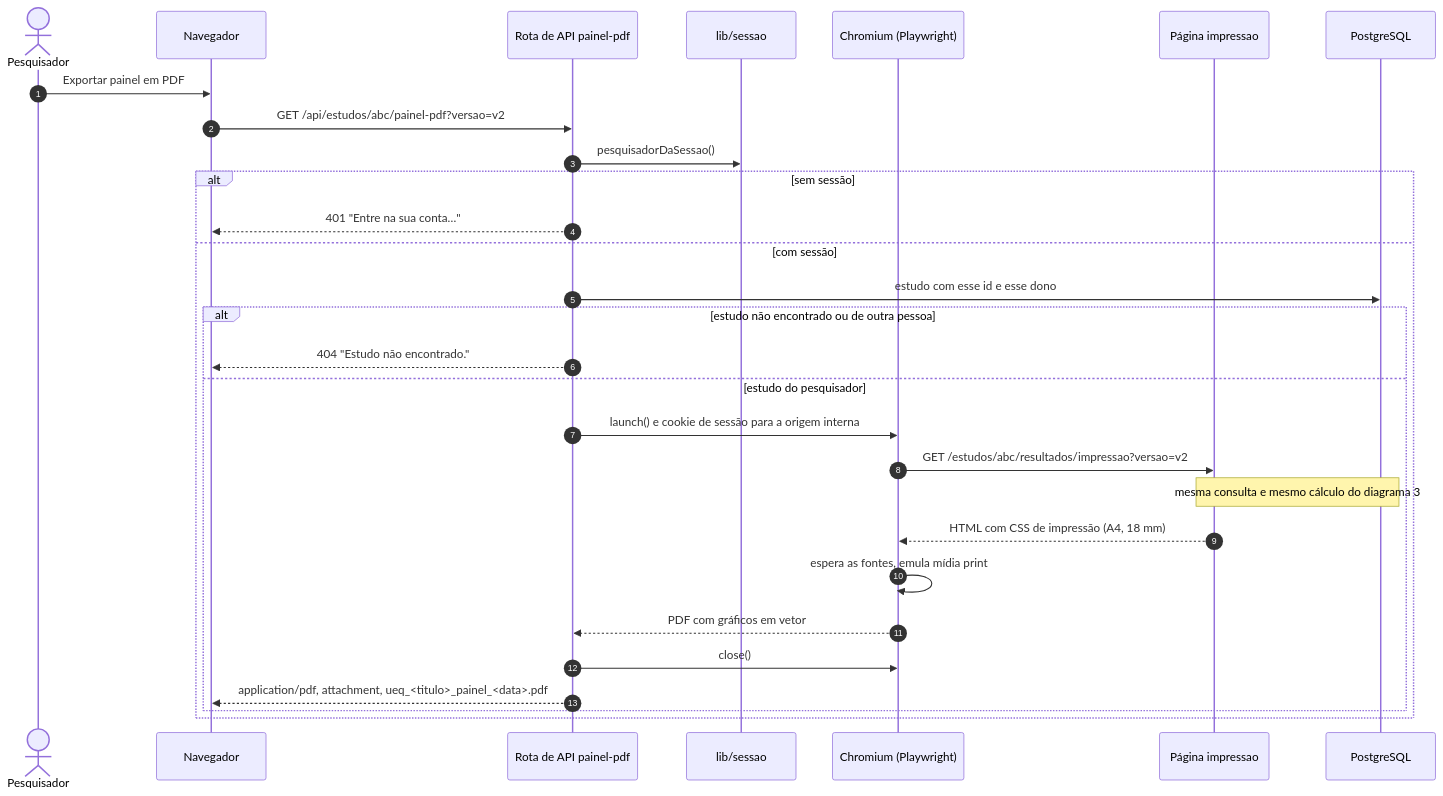
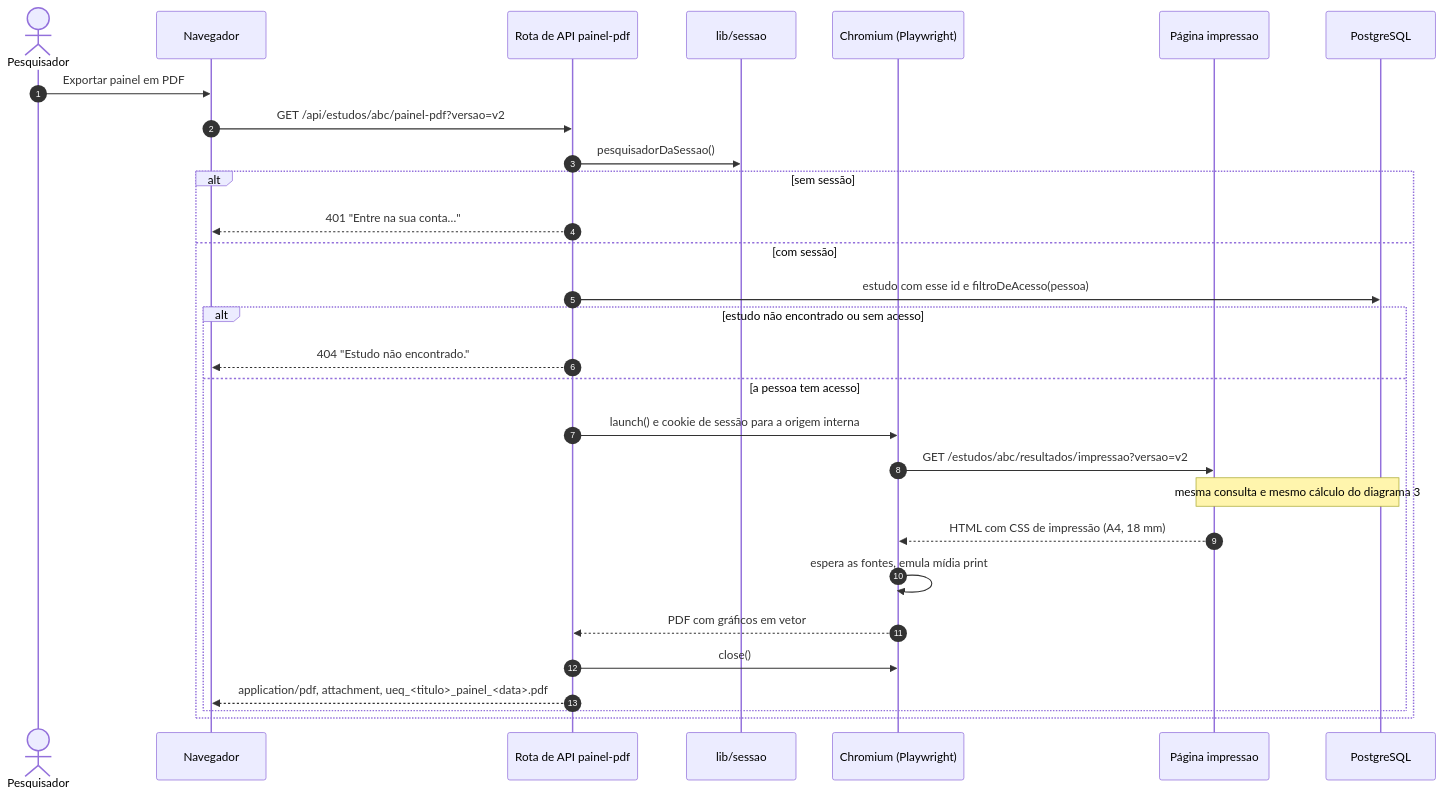
One commit to gabrielfjm/ueq_form_ihc changed the fifth of 8 diagrams in docs/documentacao/diagramas-de-sequencia.md. Above: the diagram before and after it, drawn with Mermaid. The commit also changed other lines of this file and 54 other files, not shown here.

````diff
--- a/docs/documentacao/diagramas-de-sequencia.md
+++ b/docs/documentacao/diagramas-de-sequencia.md
@@ -203,32 +231,32 @@
 ```mermaid
 sequenceDiagram
     autonumber
     actor Pesq as Pesquisador
     participant Nav as Navegador
     participant Rota as Rota de API painel-pdf
     participant Sessao as lib/sessao
     participant Chrome as Chromium (Playwright)
     participant Imp as Página impressao
     participant BD as PostgreSQL
 
     Pesq->>Nav: Exportar painel em PDF
     Nav->>Rota: GET /api/estudos/abc/painel-pdf?versao=v2
     Rota->>Sessao: pesquisadorDaSessao()
     alt sem sessão
         Rota-->>Nav: 401 "Entre na sua conta…"
     else com sessão
-        Rota->>BD: estudo com esse id e esse dono
-        alt estudo não encontrado ou de outra pessoa
+        Rota->>BD: estudo com esse id e filtroDeAcesso(pessoa)
+        alt estudo não encontrado ou sem acesso
             Rota-->>Nav: 404 "Estudo não encontrado."
-        else estudo do pesquisador
+        else a pessoa tem acesso
             Rota->>Chrome: launch() e cookie de sessão para a origem interna
             Chrome->>Imp: GET /estudos/abc/resultados/impressao?versao=v2
             Note over Imp,BD: mesma consulta e mesmo cálculo do diagrama 3
             Imp-->>Chrome: HTML com CSS de impressão (A4, 18 mm)
             Chrome->>Chrome: espera as fontes, emula mídia print
             Chrome-->>Rota: PDF com gráficos em vetor
             Rota->>Chrome: close()
             Rota-->>Nav: application/pdf, attachment, ueq_<titulo>_painel_<data>.pdf
         end
     end
 ```
````
